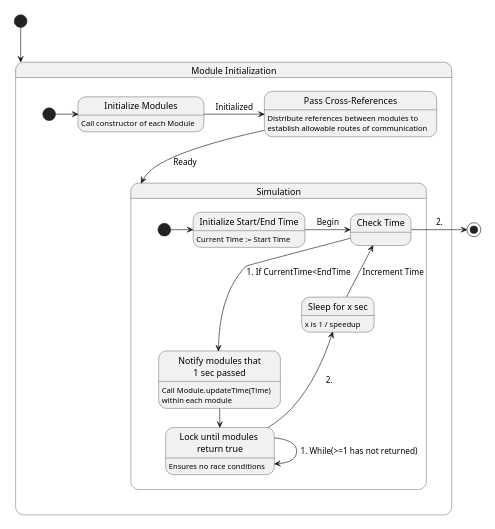
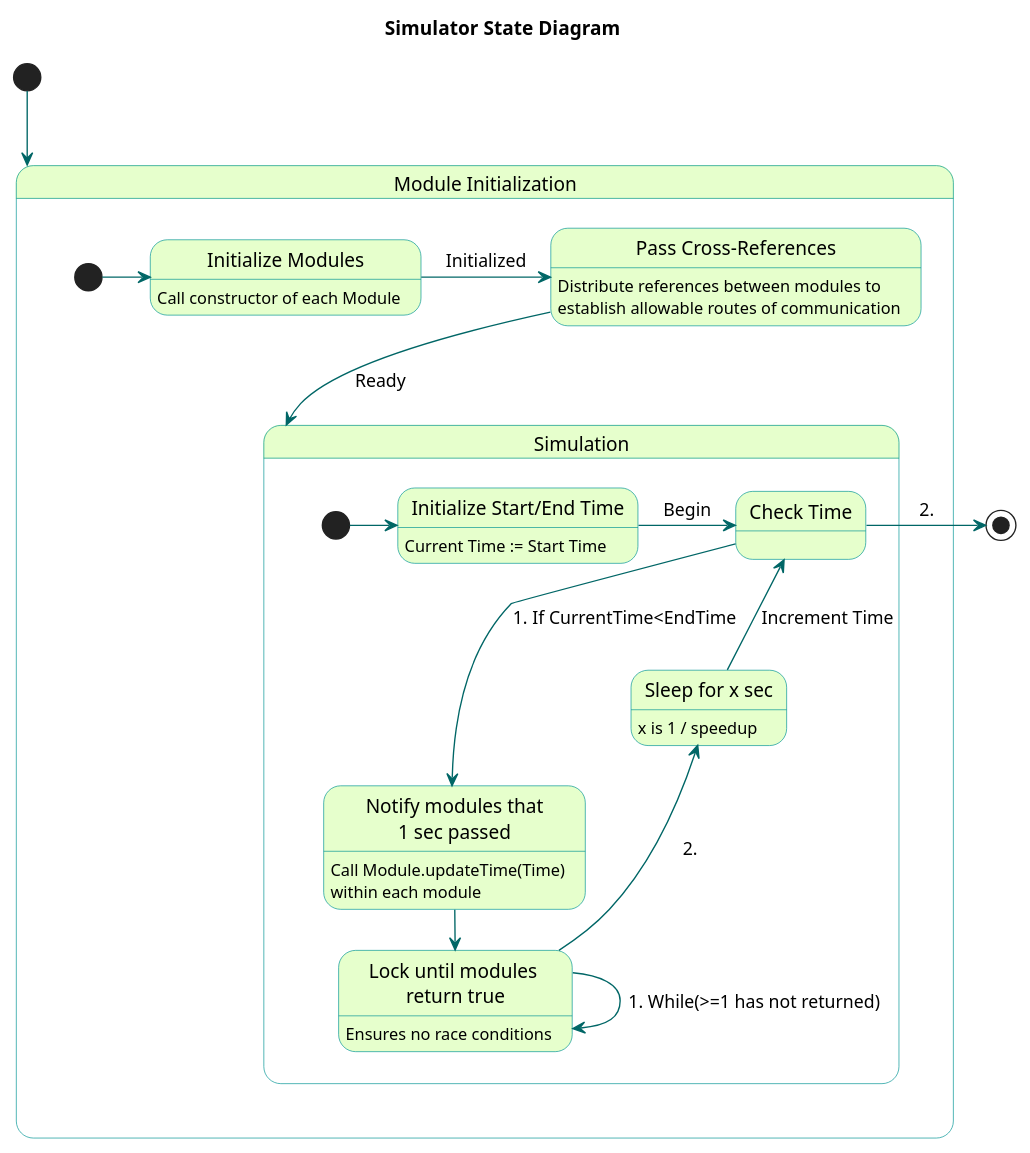
The diagram in TrainSystem/yUML/State Diagrams/Simulator State Diagram.pu (kevingilboy/COE1186), drawn with PlantUML before and after one commit.

```diff
--- a/TrainSystem/yUML/State Diagrams/Simulator State Diagram.pu
+++ b/TrainSystem/yUML/State Diagrams/Simulator State Diagram.pu
@@ -1,36 +1,43 @@
 @startuml
-scale 350 width
+title Simulator State Diagram
+skinparam state {
+  BackgroundColor transparent
+  BackgroundColor #e6ffcc
+  BorderColor 	#049595
+  ArrowColor #006666
+}
+
 [*] --> Initialization
 
 state "Module Initialization" as Initialization {
   [*] -> InitializeModules
   state "Initialize Modules" as InitializeModules: Call constructor of each Module
   InitializeModules -> PassReferences : Initialized
 
   state "Pass Cross-References" as PassReferences: Distribute references between modules to\nestablish allowable routes of communication
   PassReferences --> Simulation : Ready
 }
 
 state "Simulation" as Simulation{
   [*] -> InitializeTime
 
   state "Initialize Start/End Time" as InitializeTime : Current Time := Start Time
   InitializeTime -right-> CheckTime : Begin
 
   state "Check Time" as CheckTime
   CheckTime --> NotifyModules : 1. If CurrentTime<EndTime
 
   state "Notify modules that\n1 sec passed" as NotifyModules : Call Module.updateTime(Time)\nwithin each module
   NotifyModules-right->WaitForUpdates
 
   WaitForUpdates-->WaitForUpdates : 1. While(>=1 has not returned)
 
   state "Lock until modules \nreturn true" as WaitForUpdates : Ensures no race conditions
   WaitForUpdates-up->Sleep: 2.
 
   state "Sleep for x sec" as Sleep : x is 1 / speedup
   Sleep-up->CheckTime: Increment Time
 
 }
   CheckTime -right-> [*] : 2.
 @enduml
```
